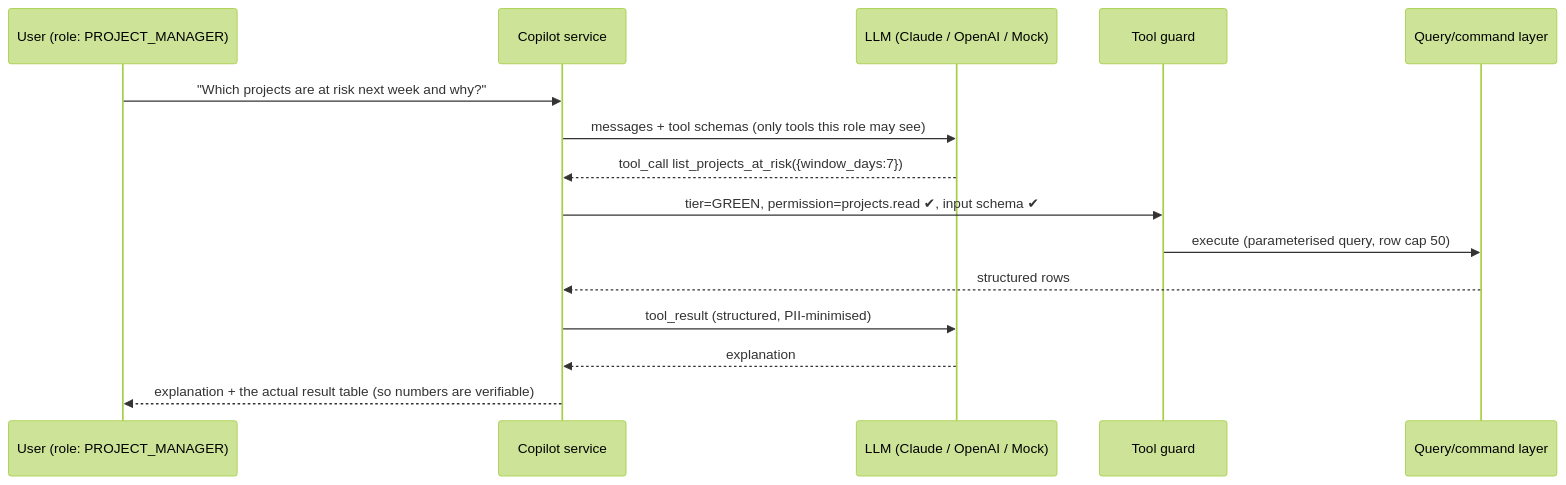
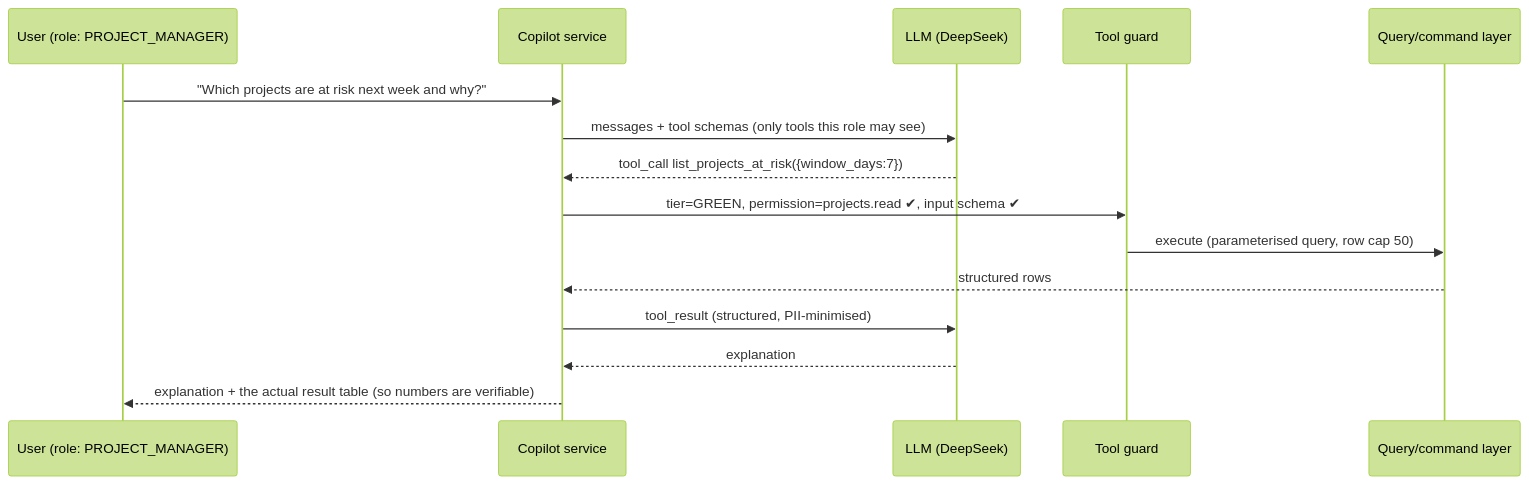
Before and after one commit to Tejesh080/Roofops: the third of 3 diagrams in docs/architecture.md, drawn with Mermaid (forest theme). The commit also changed other lines of this file and 35 other files, not shown here.

````diff
--- a/docs/architecture.md
+++ b/docs/architecture.md
@@ -298,17 +285,17 @@
 ```mermaid
 sequenceDiagram
   participant U as User (role: PROJECT_MANAGER)
   participant C as Copilot service
-  participant L as LLM (Claude / OpenAI / Mock)
+  participant L as LLM (DeepSeek)
   participant G as Tool guard
   participant Q as Query/command layer
   U->>C: "Which projects are at risk next week and why?"
   C->>L: messages + tool schemas (only tools this role may see)
   L-->>C: tool_call list_projects_at_risk({window_days:7})
   C->>G: tier=GREEN, permission=projects.read ✔, input schema ✔
   G->>Q: execute (parameterised query, row cap 50)
   Q-->>C: structured rows
   C->>L: tool_result (structured, PII-minimised)
   L-->>C: explanation
   C-->>U: explanation + the actual result table (so numbers are verifiable)
 ```
````
